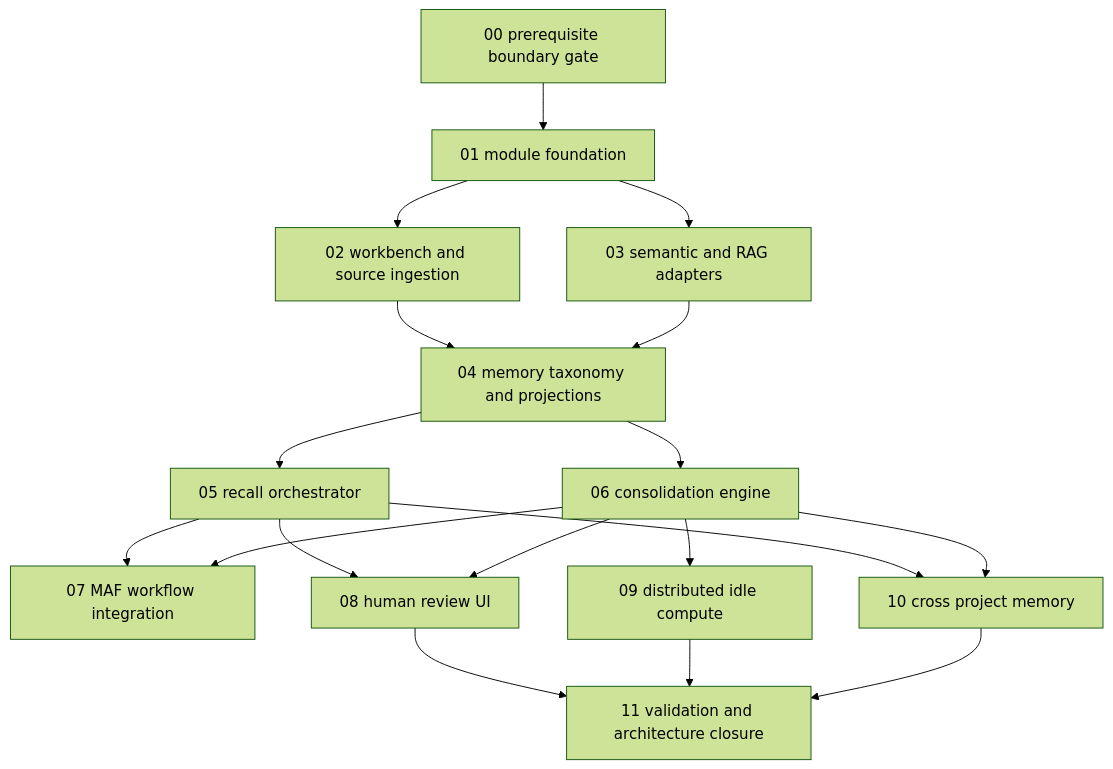
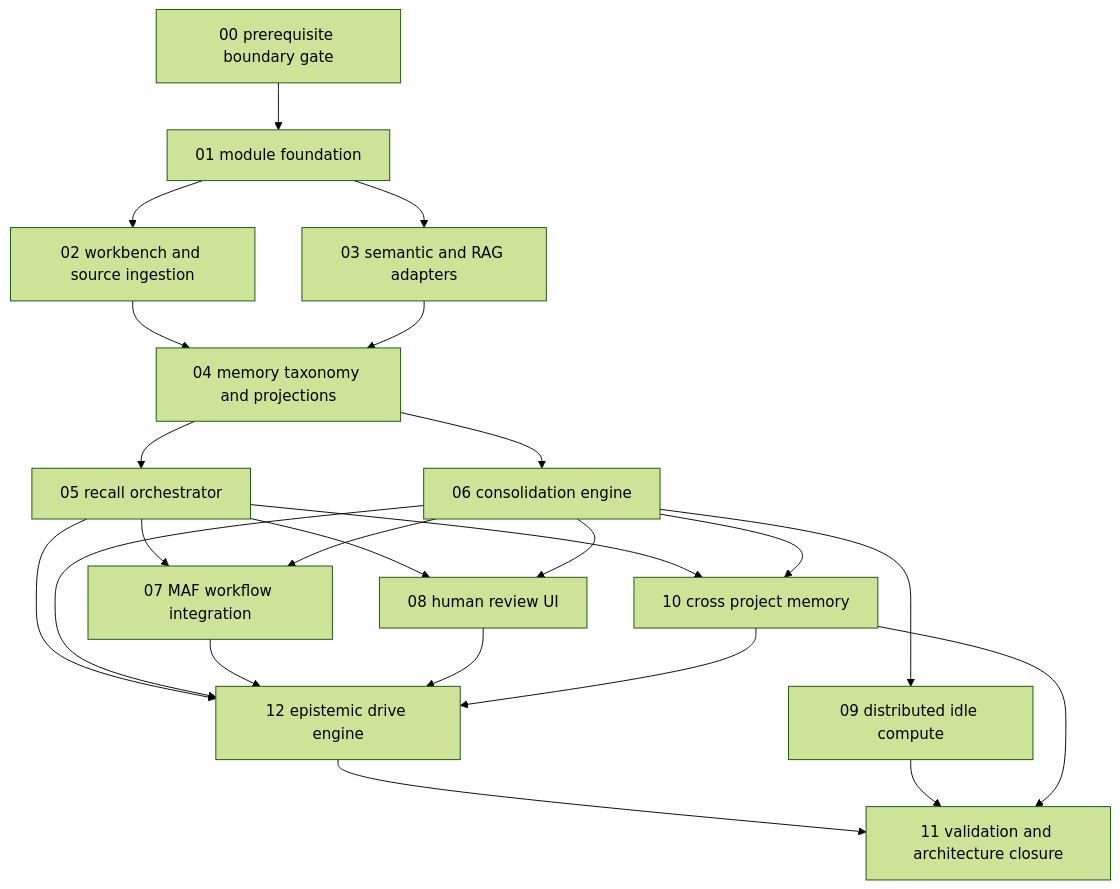
The diagram in codex/bundles/cognitive-memory-architecture/plan/01-phase-plan.md (fyziktom/CanDoItAll), drawn with Mermaid (forest theme) before and after one commit. The commit also changed other lines of this file and 31 other files, not shown here.

Commit message:
improve architecture

````diff
--- a/codex/bundles/cognitive-memory-architecture/plan/01-phase-plan.md
+++ b/codex/bundles/cognitive-memory-architecture/plan/01-phase-plan.md
@@ -20,20 +23,25 @@
 ```mermaid
 flowchart TD
     S00["00 prerequisite boundary gate"] --> S01["01 module foundation"]
     S01 --> S02["02 workbench and source ingestion"]
     S01 --> S03["03 semantic and RAG adapters"]
     S02 --> S04["04 memory taxonomy and projections"]
     S03 --> S04
     S04 --> S05["05 recall orchestrator"]
     S04 --> S06["06 consolidation engine"]
     S05 --> S07["07 MAF workflow integration"]
     S06 --> S07
     S05 --> S08["08 human review UI"]
     S06 --> S08
     S06 --> S09["09 distributed idle compute"]
     S05 --> S10["10 cross project memory"]
     S06 --> S10
-    S08 --> S11["11 validation and architecture closure"]
+    S05 --> S12["12 epistemic drive engine"]
+    S06 --> S12
+    S07 --> S12
+    S08 --> S12
+    S10 --> S12
+    S12 --> S11["11 validation and architecture closure"]
     S09 --> S11
     S10 --> S11
 ```
````
